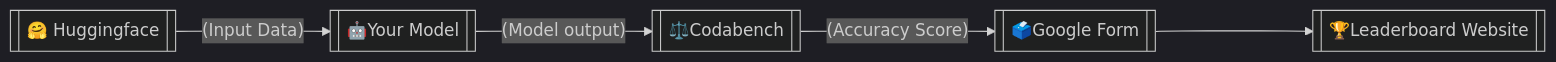
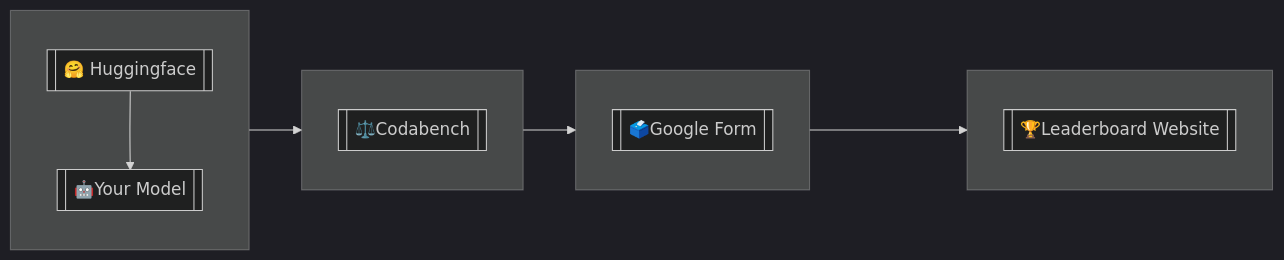
One commit to NovelQA/novelqa.github.io changed the diagram in README.md. Above: the diagram before and after it, drawn with Mermaid (dark theme). The commit also changed other lines of this file, not shown here.

````diff
--- a/README.md
+++ b/README.md
@@ -33,10 +63,24 @@
 ```mermaid
 
 graph LR
+    subgraph SG1 [" "]
+    direction TB
+    A[[🤗 Huggingface]] --> B[[🤖Your Model]]
+    end
+    
+    subgraph SG2 [" "]
+    direction TB
+    B --> C[[⚖️Codabench]]
+    end
+    
+    subgraph SG3 [" "]
+    direction TB
+    C --> D[[🗳️Google Form]]
+    end
 
-    A[[🤗 Huggingface]]  --(Input Data)--> B[[🤖Your Model]]
-    B --(Model output)--> C[[⚖️Codabench]]
-    C --(Accuracy Score)--> D[[🗳️Google Form]]
+    subgraph SG4 [" "]
+    direction TB
     D ----> E[[🏆Leaderboard Website]]
+    end
 
 ```
````
